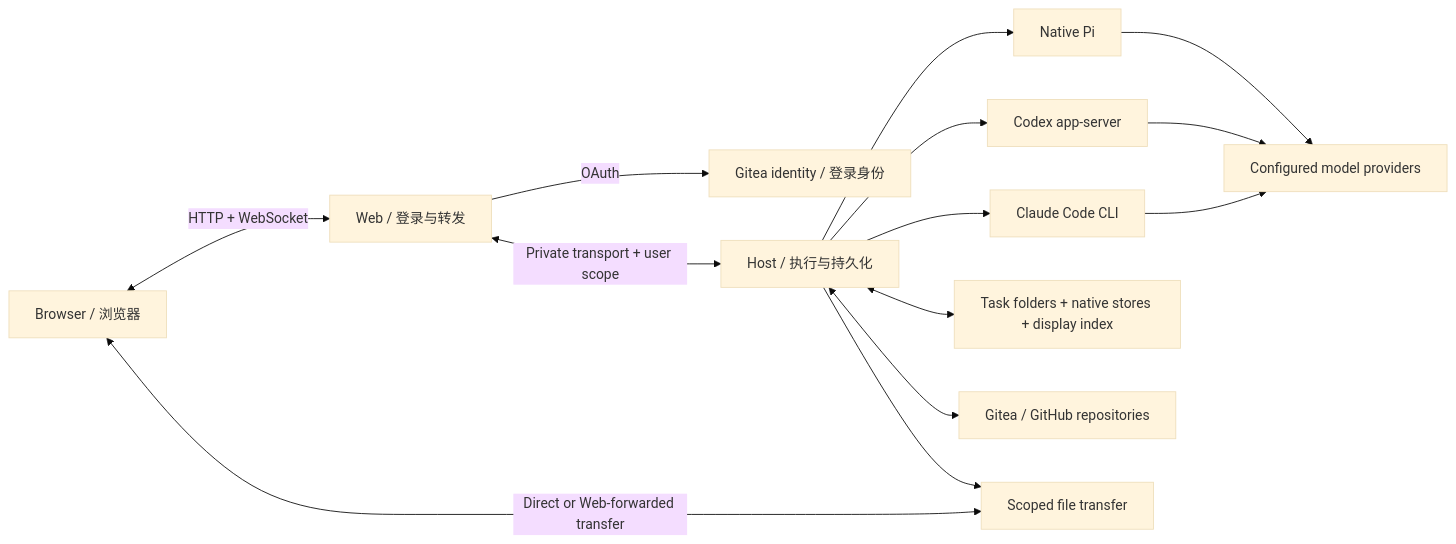
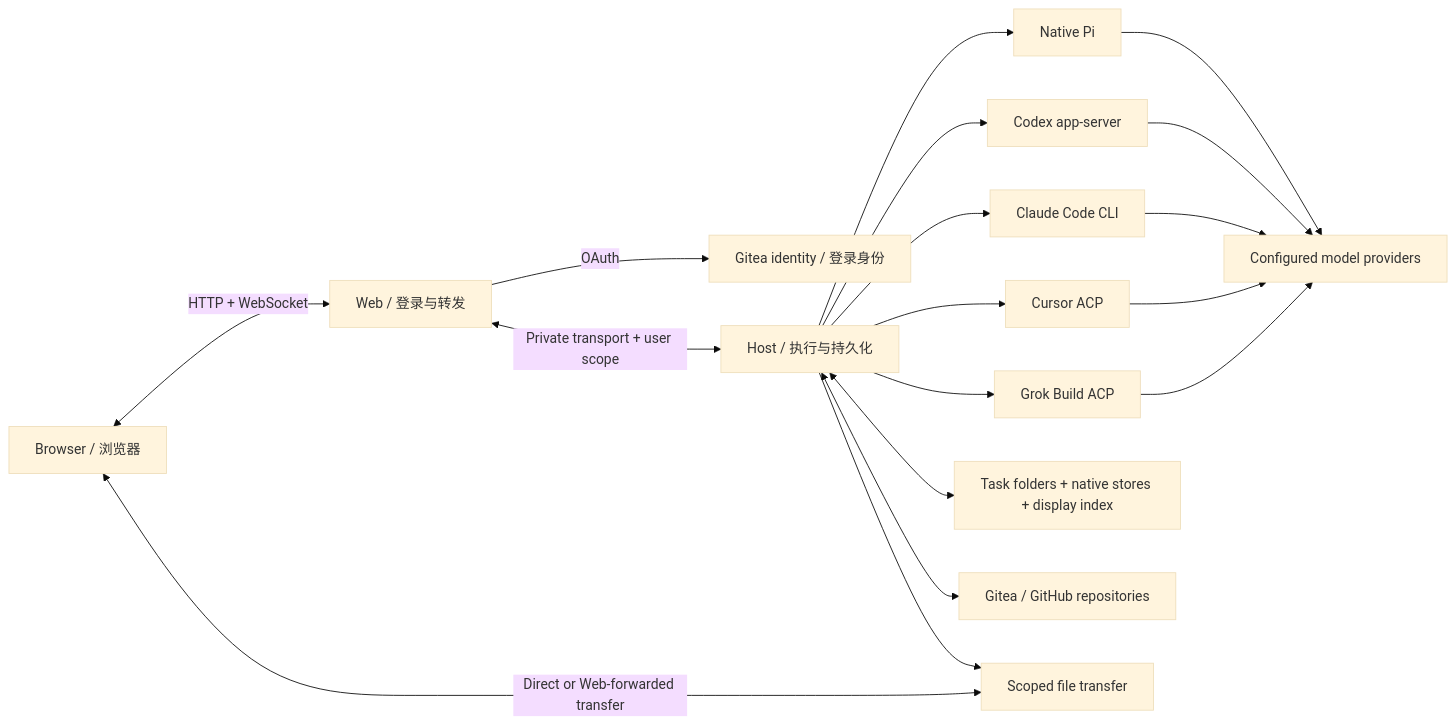
The diagram in README.md (awangs1986/pi-coffee-server), drawn with Mermaid (base theme) before and after one commit. The commit also changed other lines of this file and 13 other files, not shown here.

````diff
--- a/README.md
+++ b/README.md
@@ -44,16 +47,20 @@
 ```mermaid
 flowchart LR
     Browser["Browser / 浏览器"] <-->|"HTTP + WebSocket"| Web["Web / 登录与转发"]
     Web -->|"OAuth"| Gitea["Gitea identity / 登录身份"]
     Web <-->|"Private transport + user scope"| Host["Host / 执行与持久化"]
     Host --> Pi["Native Pi"]
     Host --> Codex["Codex app-server"]
     Host --> Claude["Claude Code CLI"]
+    Host --> Cursor["Cursor ACP"]
+    Host --> Grok["Grok Build ACP"]
     Pi --> Models["Configured model providers"]
     Codex --> Models
     Claude --> Models
+    Cursor --> Models
+    Grok --> Models
     Host <--> Storage["Task folders + native stores + display index"]
     Host <--> Forge["Gitea / GitHub repositories"]
     Host --> Transfer["Scoped file transfer"]
     Browser <-->|"Direct or Web-forwarded transfer"| Transfer
 ```
````
